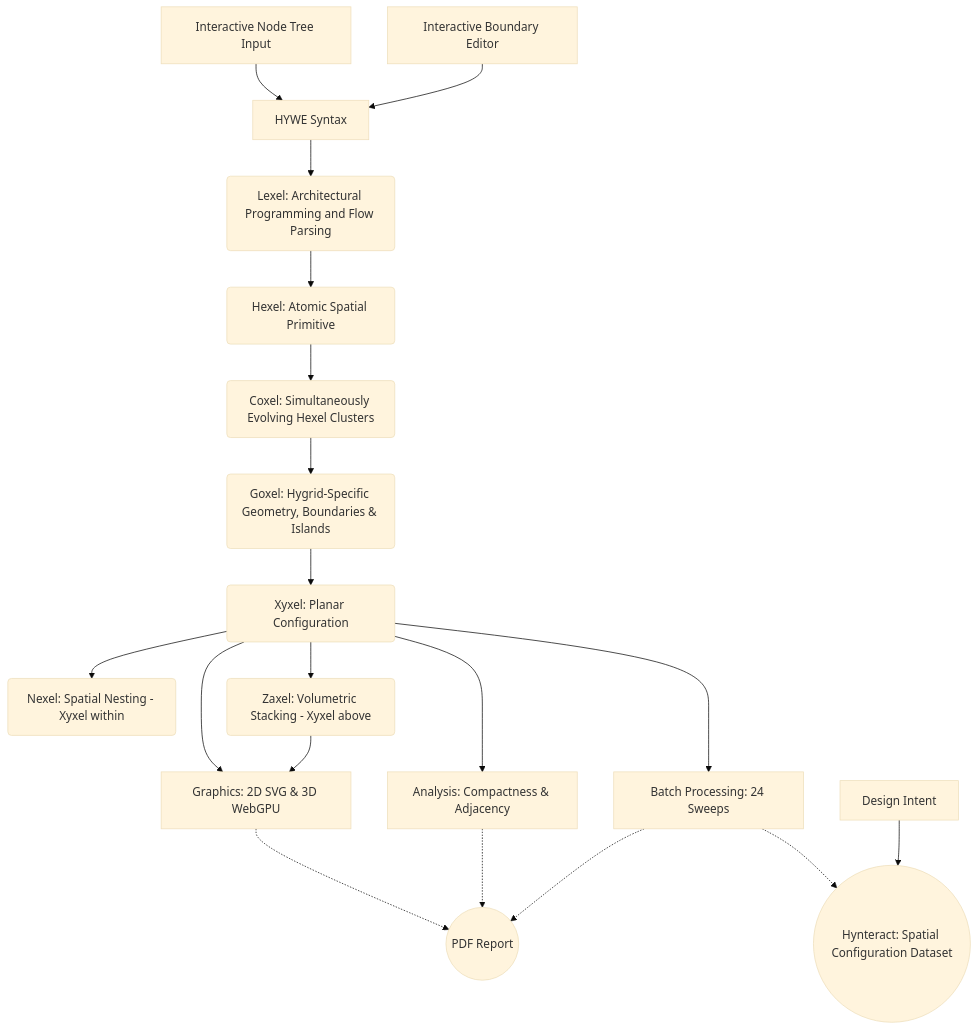
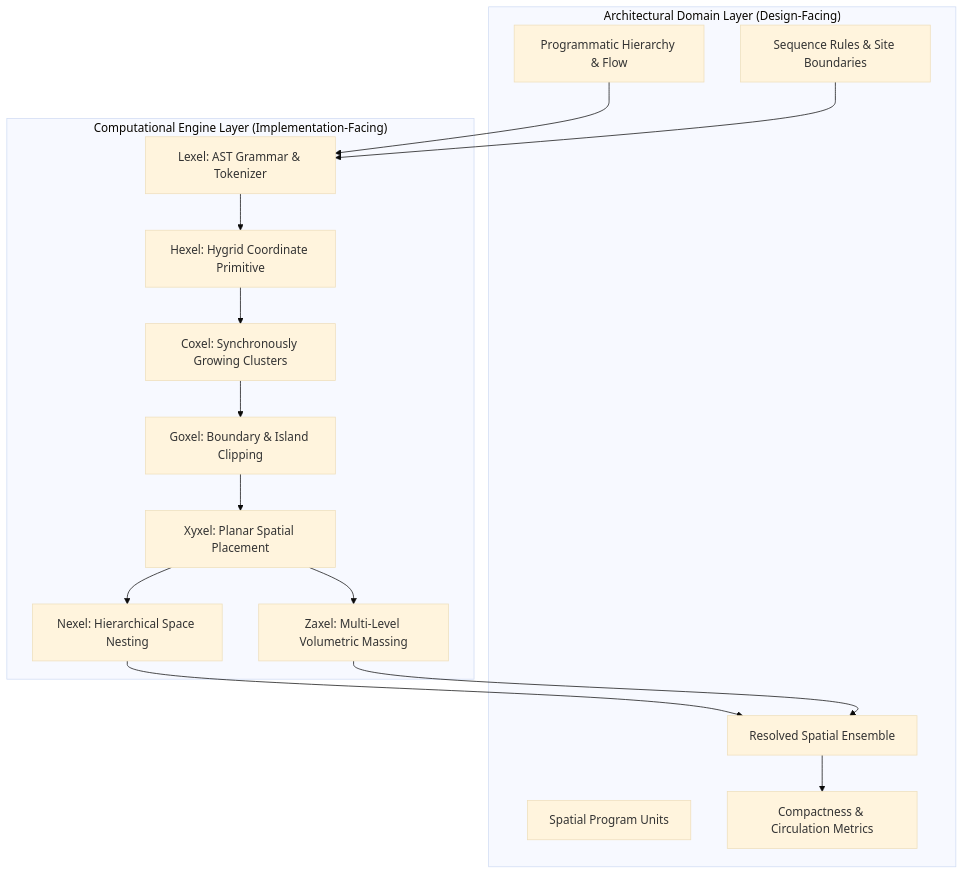
One commit to vykrum/Hywe changed the diagram in README.md. Above: the diagram before and after it, drawn with Mermaid (base theme). The commit also changed other lines of this file, not shown here.

Commit message:
docs: rewrite README with architectural proposition, 30-sec workflow, and research rigor

````diff
--- a/README.md
+++ b/README.md
@@ -110,25 +74,32 @@
 ```mermaid
 graph TD
-    A1[Interactive Node Tree Input] --> B[HYWE Syntax]
-    A2[Interactive Boundary Editor] --> B[HYWE Syntax]
-    B --> C(Lexel: Architectural Programming and Flow Parsing)
-    C --> D(Hexel: Atomic Spatial Primitive)
-    D --> E(Coxel: Simultaneously Evolving Hexel Clusters)
-    E --> Gx(Goxel: Hygrid-Specific Geometry, Boundaries & Islands)
-    Gx --> F(Xyxel: Planar Configuration)
-    
-    F --> N(Nexel: Spatial Nesting - Xyxel within)
-    F --> G(Zaxel: Volumetric Stacking - Xyxel above)
-    
-    F --> Gr[Graphics: 2D SVG & 3D WebGPU]
-    G --> Gr
-    F --> H[Analysis: Compactness & Adjacency]
-    F --> I[Batch Processing: 24 Sweeps]
-    
-    Gr -.-> ReportLabel((PDF Report))
-    H -.-> ReportLabel
-    I -.-> ReportLabel
-    
-    I -.-> DatasetLabel((Hynteract: Spatial Configuration Dataset))
-    DesignIntent[Design Intent] --> DatasetLabel
+    subgraph "Architectural Domain Layer (Design-Facing)"
+        Intent[Programmatic Hierarchy & Flow]
+        Rules[Sequence Rules & Site Boundaries]
+        SpatialUnit[Spatial Program Units]
+        SpatialEnsemble[Resolved Spatial Ensemble]
+        AnalysisOut[Compactness & Circulation Metrics]
+    end
+
+    subgraph "Computational Engine Layer (Implementation-Facing)"
+        Lexel[Lexel: AST Grammar & Tokenizer]
+        Hexel[Hexel: Hygrid Coordinate Primitive]
+        Coxel[Coxel: Synchronously Growing Clusters]
+        Goxel[Goxel: Boundary & Island Clipping]
+        Xyxel[Xyxel: Planar Spatial Placement]
+        Nexel[Nexel: Hierarchical Space Nesting]
+        Zaxel[Zaxel: Multi-Level Volumetric Massing]
+    end
+
+    Intent --> Lexel
+    Rules --> Lexel
+    Lexel --> Hexel
+    Hexel --> Coxel
+    Coxel --> Goxel
+    Goxel --> Xyxel
+    Xyxel --> Nexel
+    Xyxel --> Zaxel
+    Nexel --> SpatialEnsemble
+    Zaxel --> SpatialEnsemble
+    SpatialEnsemble --> AnalysisOut
 ```
````
